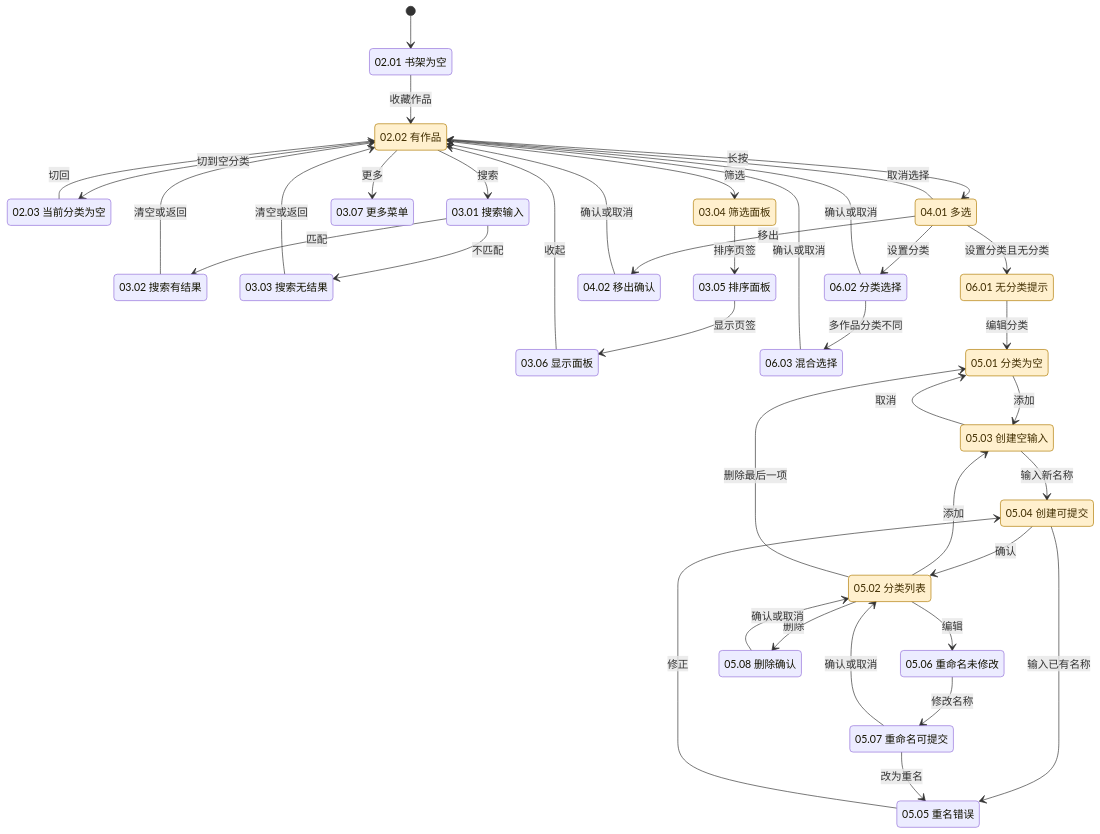
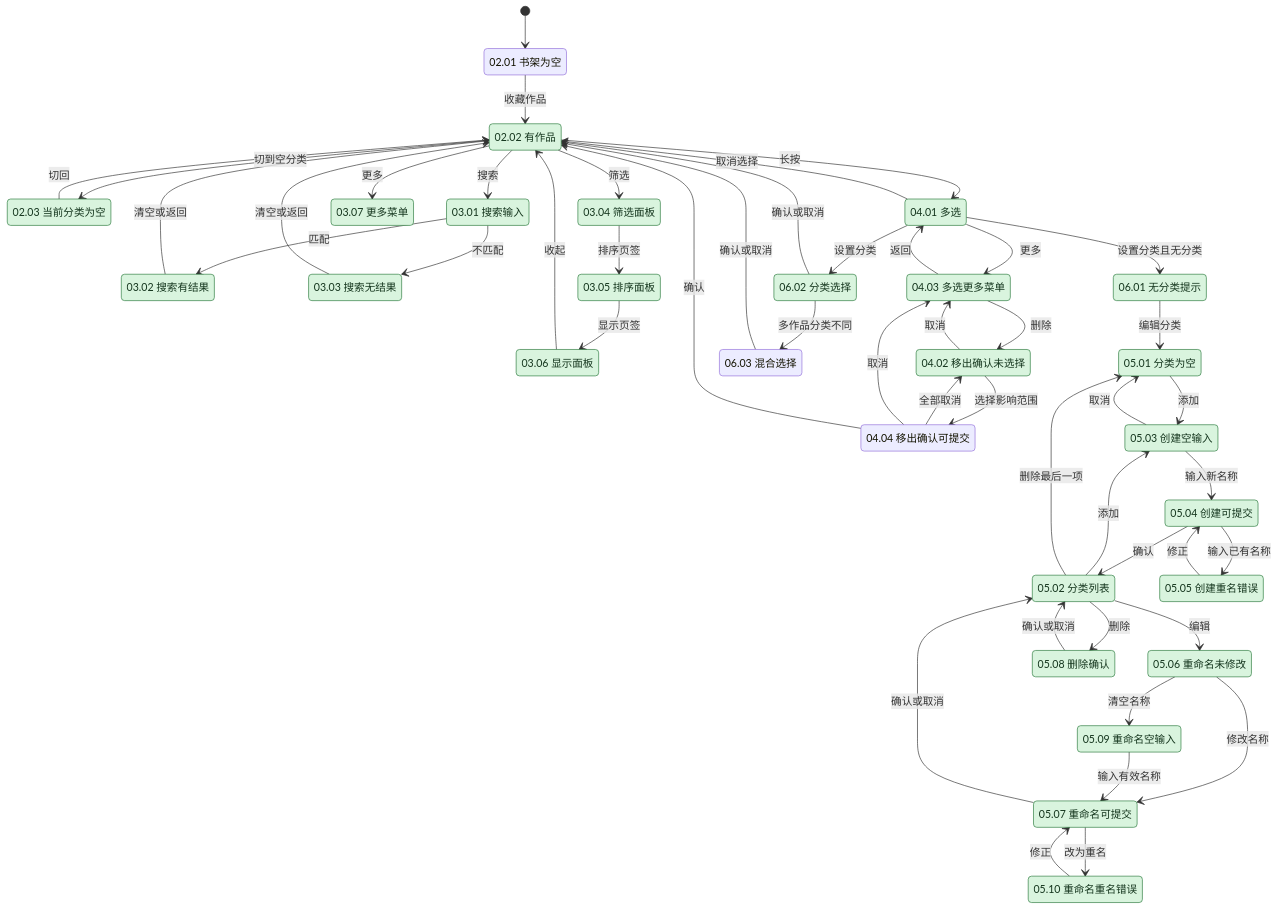
One commit to Wybxc/karuyomi changed the first of 7 diagrams in docs/verification/mihon-state-coverage.md. Above: the diagram before and after it, drawn with Mermaid. The commit also changed other lines of this file and 16 other files, not shown here.

````diff
--- a/docs/verification/mihon-state-coverage.md
+++ b/docs/verification/mihon-state-coverage.md
@@ -18,66 +18,80 @@
 ```mermaid
 stateDiagram-v2
     [*] --> L0
     state "02.01 书架为空" as L0
     state "02.02 有作品" as L1
     state "02.03 当前分类为空" as L2
     state "03.01 搜索输入" as L3
     state "03.02 搜索有结果" as L4
     state "03.03 搜索无结果" as L5
     state "03.04 筛选面板" as L6
     state "03.05 排序面板" as L7
     state "03.06 显示面板" as L8
     state "03.07 更多菜单" as L9
     state "04.01 多选" as L10
-    state "04.02 移出确认" as L11
+    state "04.02 移出确认未选择" as L11
+    state "04.03 多选更多菜单" as L15
+    state "04.04 移出确认可提交" as L16
     state "06.01 无分类提示" as L12
     state "06.02 分类选择" as L13
     state "06.03 混合选择" as L14
     state "05.01 分类为空" as C0
     state "05.02 分类列表" as C1
     state "05.03 创建空输入" as C2
     state "05.04 创建可提交" as C3
-    state "05.05 重名错误" as C4
+    state "05.05 创建重名错误" as C4
     state "05.06 重命名未修改" as C5
     state "05.07 重命名可提交" as C6
     state "05.08 删除确认" as C7
+    state "05.09 重命名空输入" as C8
+    state "05.10 重命名重名错误" as C9
     L0 --> L1: 收藏作品
     L1 --> L2: 切到空分类
     L2 --> L1: 切回
     L1 --> L3: 搜索
     L3 --> L4: 匹配
     L3 --> L5: 不匹配
     L4 --> L1: 清空或返回
     L5 --> L1: 清空或返回
     L1 --> L6: 筛选
     L6 --> L7: 排序页签
     L7 --> L8: 显示页签
     L8 --> L1: 收起
     L1 --> L9: 更多
     L1 --> L10: 长按
     L10 --> L1: 取消选择
-    L10 --> L11: 移出
-    L11 --> L1: 确认或取消
+    L10 --> L15: 更多
+    L15 --> L11: 删除
+    L15 --> L10: 返回
+    L11 --> L16: 选择影响范围
+    L16 --> L11: 全部取消
+    L11 --> L15: 取消
+    L16 --> L15: 取消
+    L16 --> L1: 确认
     L10 --> L12: 设置分类且无分类
     L10 --> L13: 设置分类
     L13 --> L14: 多作品分类不同
     L13 --> L1: 确认或取消
     L14 --> L1: 确认或取消
     L12 --> C0: 编辑分类
     C0 --> C2: 添加
     C1 --> C2: 添加
     C2 --> C3: 输入新名称
     C3 --> C4: 输入已有名称
     C4 --> C3: 修正
     C3 --> C1: 确认
     C2 --> C0: 取消
     C1 --> C5: 编辑
     C5 --> C6: 修改名称
-    C6 --> C4: 改为重名
+    C5 --> C8: 清空名称
+    C8 --> C6: 输入有效名称
+    C6 --> C9: 改为重名
+    C9 --> C6: 修正
     C6 --> C1: 确认或取消
     C1 --> C7: 删除
     C7 --> C1: 确认或取消
     C1 --> C0: 删除最后一项
     classDef partial fill:#fff0ce,color:#412e00,stroke:#b07a00
-    class L1,L6,L10,L12,C0,C1,C2,C3 partial
+    classDef paired fill:#d9f4de,color:#14351d,stroke:#2b7a3d
+    class L1,L2,L3,L4,L5,L6,L7,L8,L9,L10,L11,L12,L13,L15,C0,C1,C2,C3,C4,C5,C6,C7,C8,C9 paired
 ```
````
